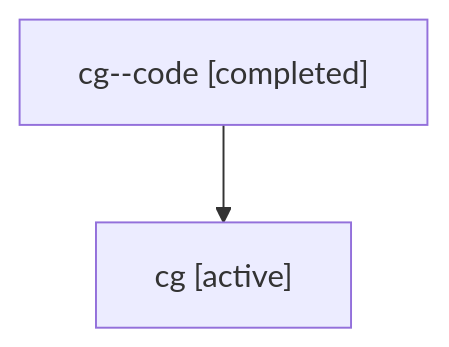
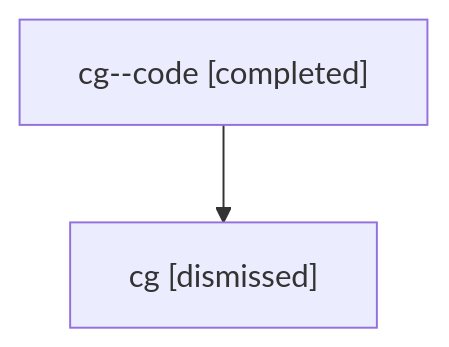
The diagram in sessions/bbugyi200.athena.cg.md (sase-org/sase--agents), drawn with Mermaid before and after one commit. The commit also changed other lines of this file and 320 other files, not shown here.

````diff
--- a/sessions/bbugyi200.athena.cg.md
+++ b/sessions/bbugyi200.athena.cg.md
@@ -9,6 +9,6 @@
 ```mermaid
 flowchart TD
   n0["cg--code [completed]"]
-  n1["cg [active]"]
+  n1["cg [dismissed]"]
   n0 --> n1
 ```
````
